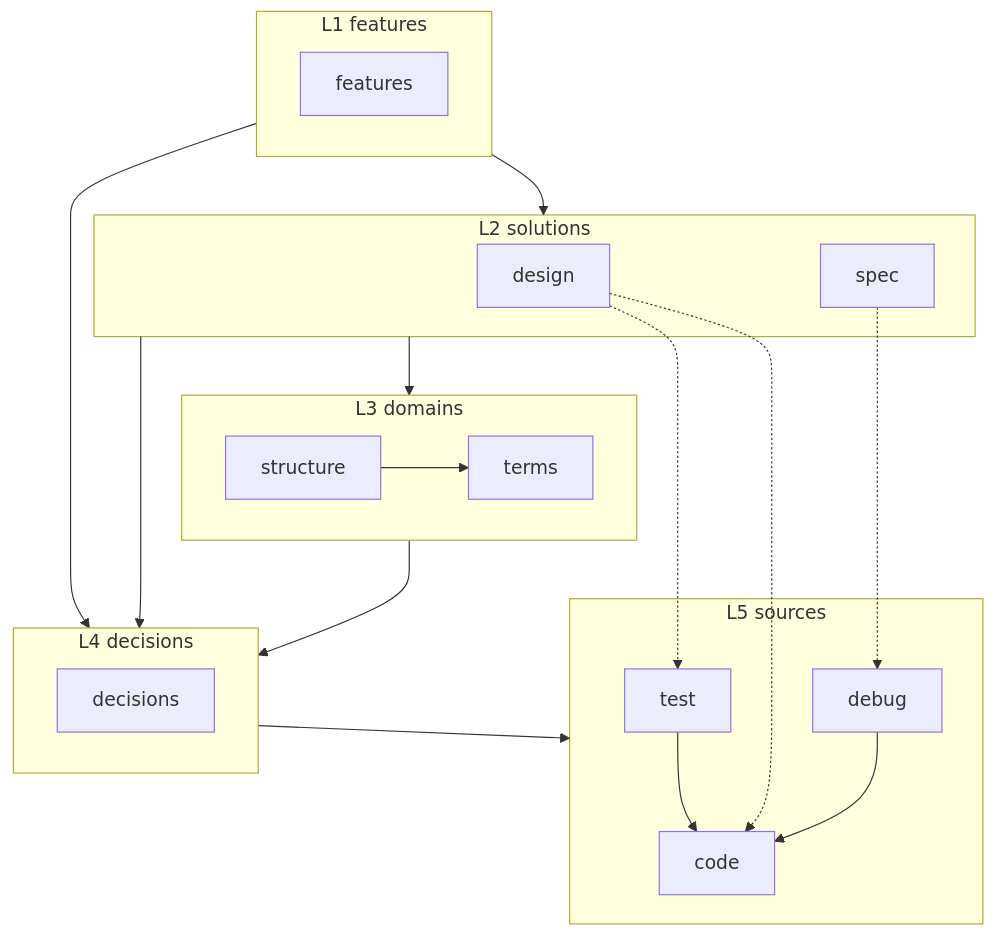
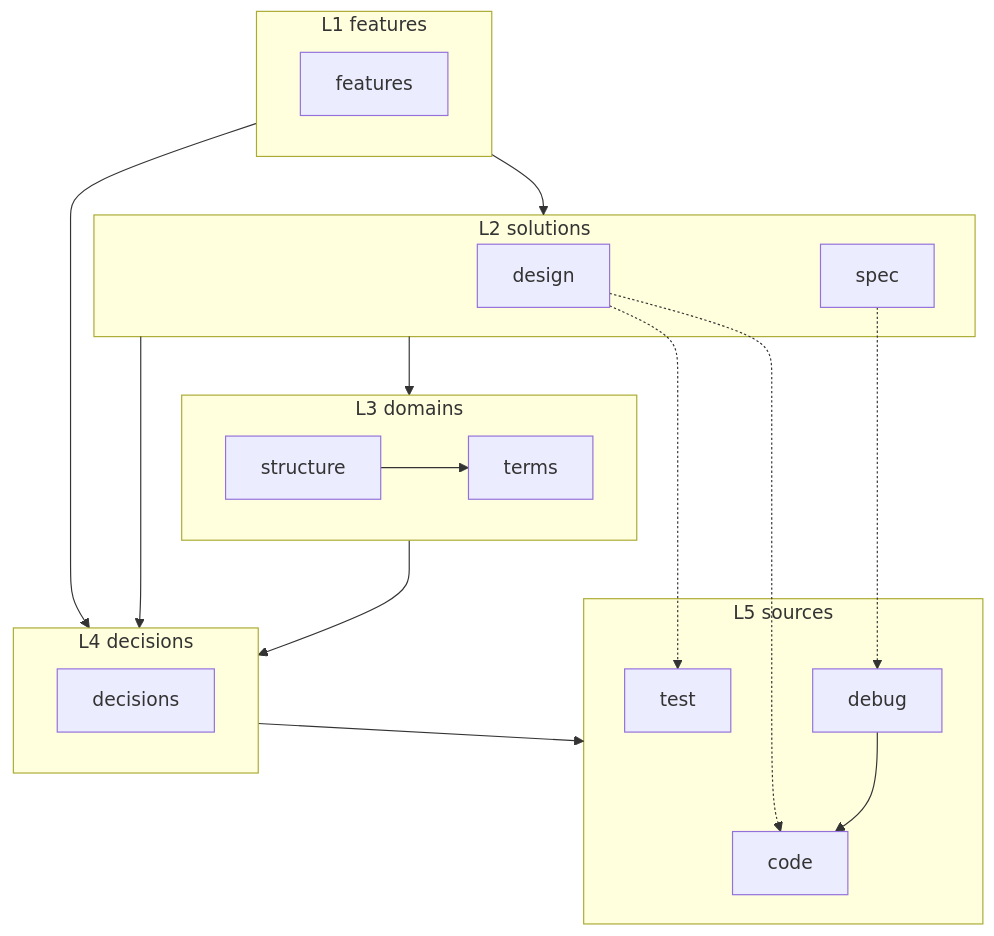
Before and after one commit to gameundwatch/archivist: the diagram in README.md, drawn with Mermaid. The commit also changed other lines of this file and 30 other files, not shown here.

````diff
--- a/README.md
+++ b/README.md
@@ -14,31 +14,30 @@
 ```mermaid
 flowchart TD
     subgraph L1[L1 features]
         feature[features]
     end
     subgraph L2[L2 solutions]
         design
         spec
     end
     subgraph L3[L3 domains]
         terms
         structure
     end
     subgraph L4[L4 decisions]
         decisions
     end
     subgraph L5[L5 sources]
         code
         test
         debug
     end
     L1 --> L2 --> L3 --> L4 --> L5
     L1 --> L4
     L2 --> L4
     structure --> terms
-    test --> code
     debug --> code
     design -.-> code
     design -.-> test
     spec -.-> debug
 ```
````
